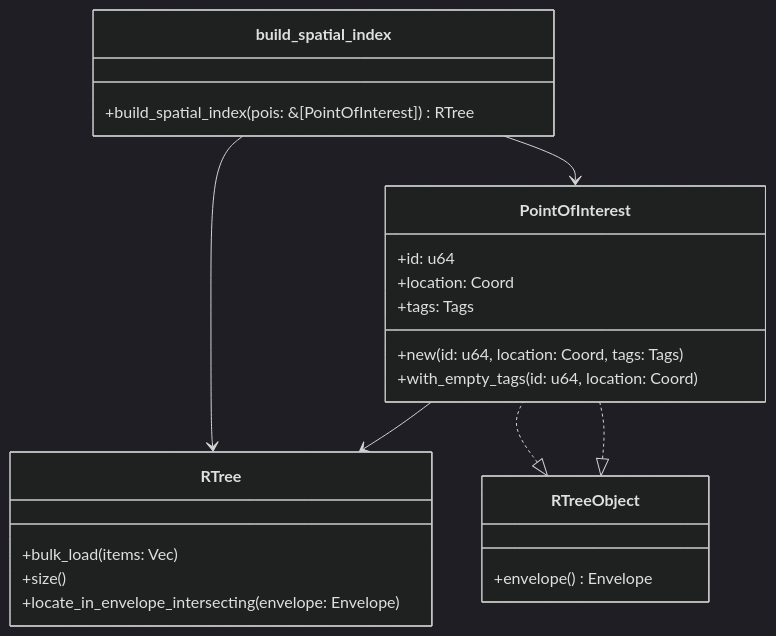
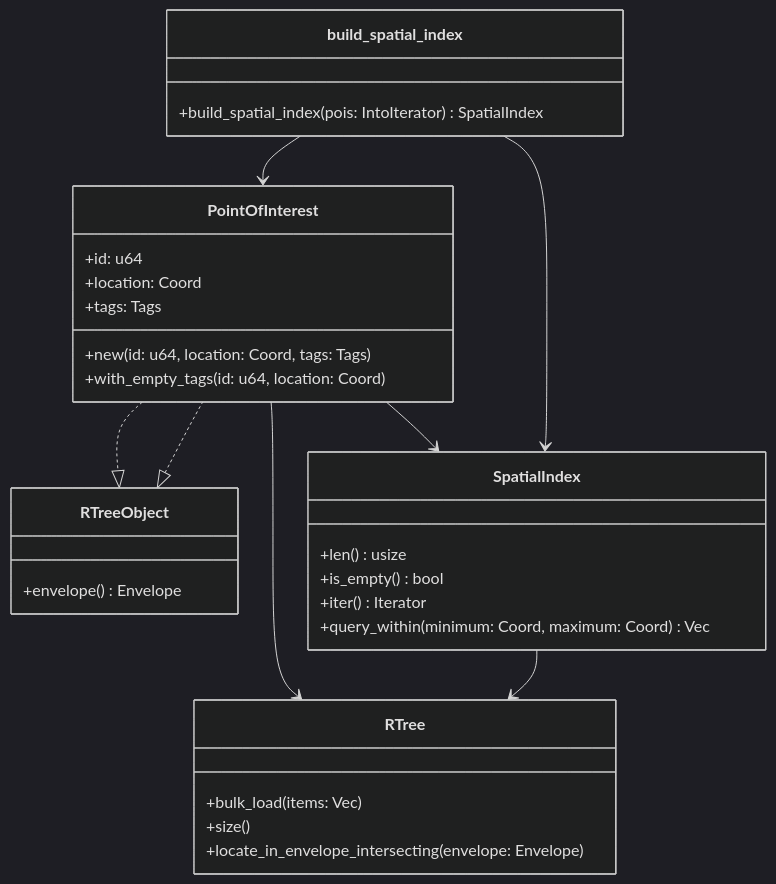
The diagram in docs/wildside-engine-design.md (leynos/wildside-engine), drawn with Mermaid (dark theme) before and after one commit. The commit also changed other lines of this file and 6 other files, not shown here.

Commit message:
Refine spatial index API and tests

````diff
--- a/docs/wildside-engine-design.md
+++ b/docs/wildside-engine-design.md
@@ -94,26 +96,34 @@
 ```mermaid
 classDiagram
     class PointOfInterest {
         +id: u64
         +location: Coord
         +tags: Tags
         +new(id: u64, location: Coord, tags: Tags)
         +with_empty_tags(id: u64, location: Coord)
     }
     PointOfInterest ..|> RTreeObject
     RTreeObject <|.. PointOfInterest
     class RTreeObject {
         +envelope() Envelope
     }
     class RTree {
         +bulk_load(items: Vec<T>)
         +size()
         +locate_in_envelope_intersecting(envelope: Envelope)
     }
     PointOfInterest --> RTree
+    class SpatialIndex {
+        +len() usize
+        +is_empty() bool
+        +iter() Iterator<PointOfInterest>
+        +query_within(minimum: Coord, maximum: Coord) Vec<PointOfInterest>
+    }
+    SpatialIndex --> RTree
+    PointOfInterest --> SpatialIndex
     class build_spatial_index {
-        +build_spatial_index(pois: &[PointOfInterest]) RTree<PointOfInterest>
+        +build_spatial_index(pois: IntoIterator<PointOfInterest>) SpatialIndex
     }
-    build_spatial_index --> RTree
+    build_spatial_index --> SpatialIndex
     build_spatial_index --> PointOfInterest
 ```
````
